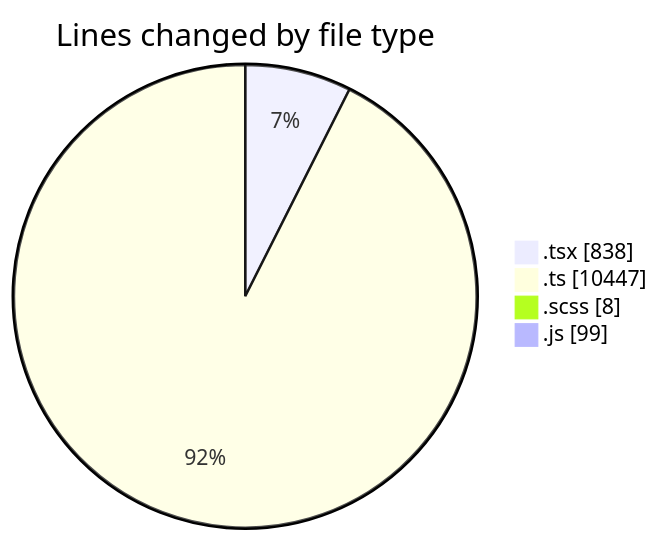
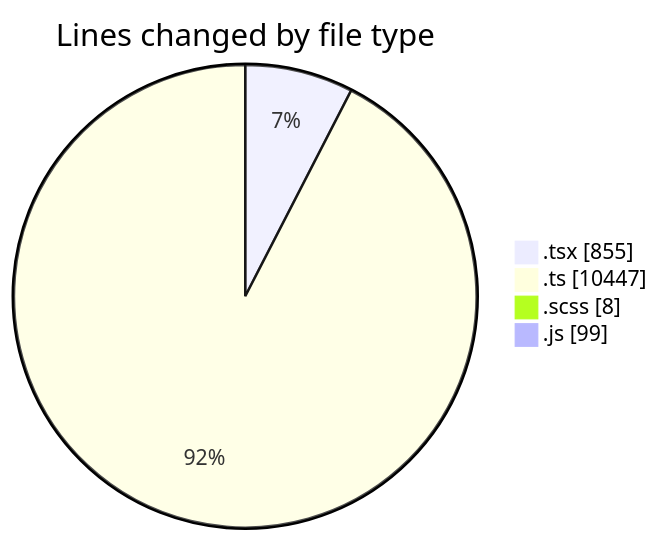
The first of 2 diagrams in 2025-03-26/cda/README.md (momahboobian/code-tracking), drawn with Mermaid before and after one commit. The commit also changed other lines of this file and 1 other file, not shown here.

````diff
--- a/2025-03-26/cda/README.md
+++ b/2025-03-26/cda/README.md
@@ -39,8 +41,8 @@
 ```mermaid
 pie showData
 title Lines changed by file type
-".tsx" : 838
+".tsx" : 855
 ".ts" : 10447
 ".scss" : 8
 ".js" : 99
 ```
````
